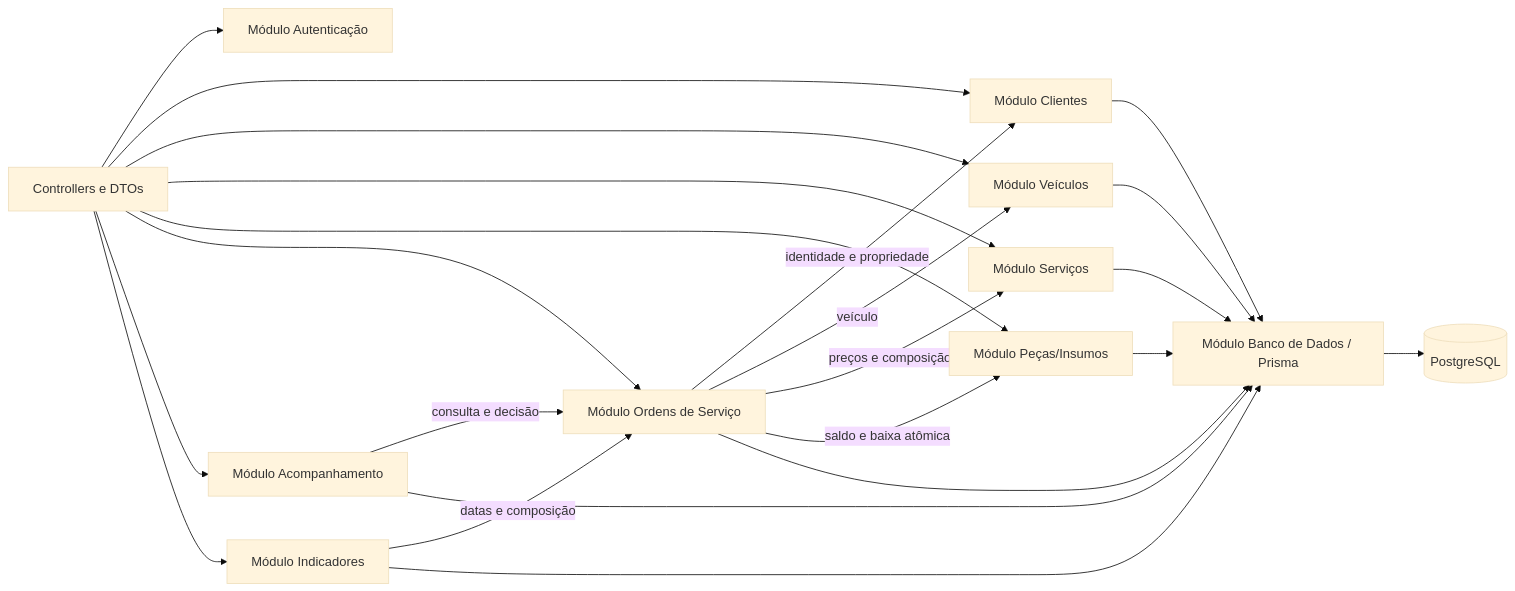
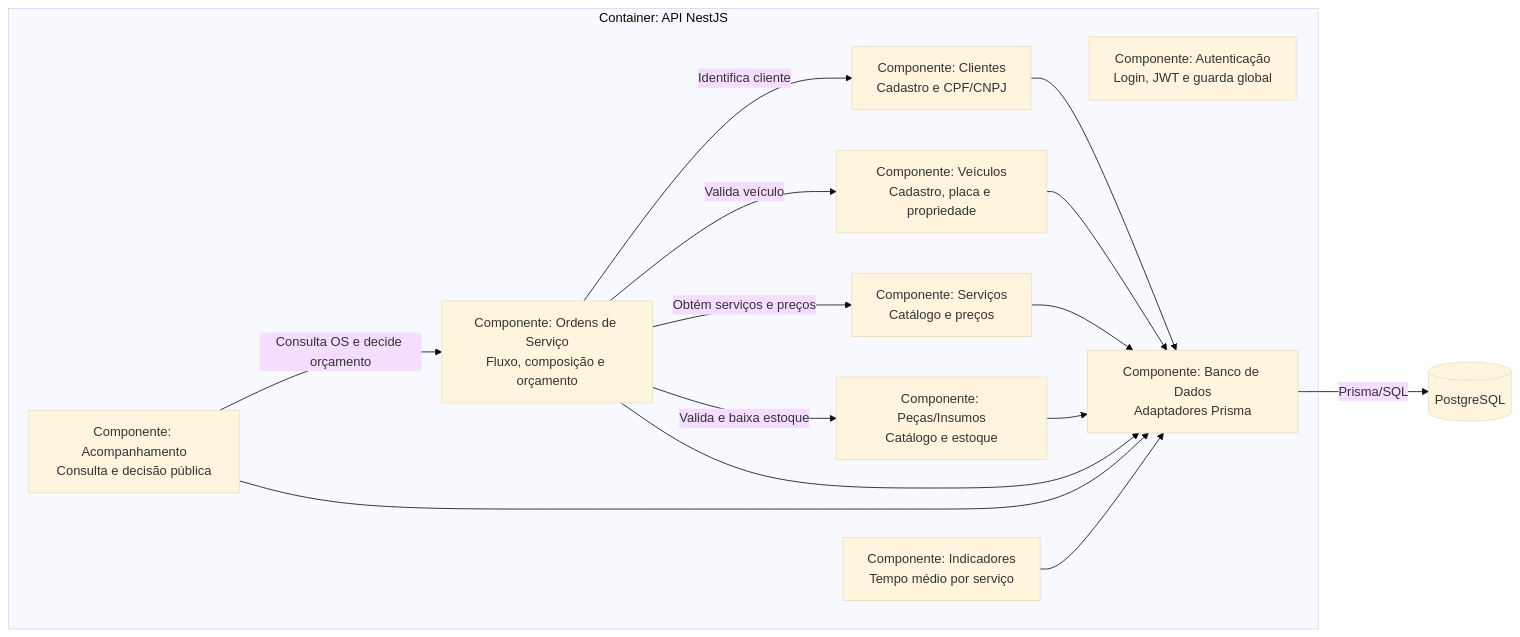
The third of 5 diagrams in docs/arquitetura/c4.md (RafaCarvalh0/Tech-Challenge), drawn with Mermaid (base theme) before and after one commit. The commit also changed other lines of this file and 5 other files, not shown here.

````diff
--- a/docs/arquitetura/c4.md
+++ b/docs/arquitetura/c4.md
@@ -33,39 +58,30 @@
 ```mermaid
 flowchart LR
-    http[Controllers e DTOs]
-    auth[Módulo Autenticação]
-    clientes[Módulo Clientes]
-    veiculos[Módulo Veículos]
-    servicos[Módulo Serviços]
-    pecas[Módulo Peças/Insumos]
-    os[Módulo Ordens de Serviço]
-    acomp[Módulo Acompanhamento]
-    indicadores[Módulo Indicadores]
-    prisma[Módulo Banco de Dados / Prisma]
+    subgraph api[Container: API NestJS]
+        auth[Componente: Autenticação<br/>Login, JWT e guarda global]
+        clientes[Componente: Clientes<br/>Cadastro e CPF/CNPJ]
+        veiculos[Componente: Veículos<br/>Cadastro, placa e propriedade]
+        servicos[Componente: Serviços<br/>Catálogo e preços]
+        pecas[Componente: Peças/Insumos<br/>Catálogo e estoque]
+        os[Componente: Ordens de Serviço<br/>Fluxo, composição e orçamento]
+        acomp[Componente: Acompanhamento<br/>Consulta e decisão pública]
+        indicadores[Componente: Indicadores<br/>Tempo médio por serviço]
+        persistencia[Componente: Banco de Dados<br/>Adaptadores Prisma]
+    end
+
     banco[(PostgreSQL)]
 
-    http --> auth
-    http --> clientes
-    http --> veiculos
-    http --> servicos
-    http --> pecas
-    http --> os
-    http --> acomp
-    http --> indicadores
-
-    os -->|identidade e propriedade| clientes
-    os -->|veículo| veiculos
-    os -->|preços e composição| servicos
-    os -->|saldo e baixa atômica| pecas
-    acomp -->|consulta e decisão| os
-    indicadores -->|datas e composição| os
-
-    clientes --> prisma
-    veiculos --> prisma
-    servicos --> prisma
-    pecas --> prisma
-    os --> prisma
-    acomp --> prisma
-    indicadores --> prisma
-    prisma --> banco
+    os -->|Identifica cliente| clientes
+    os -->|Valida veículo| veiculos
+    os -->|Obtém serviços e preços| servicos
+    os -->|Valida e baixa estoque| pecas
+    acomp -->|Consulta OS e decide orçamento| os
+    clientes --> persistencia
+    veiculos --> persistencia
+    servicos --> persistencia
+    pecas --> persistencia
+    os --> persistencia
+    acomp --> persistencia
+    indicadores --> persistencia
+    persistencia -->|Prisma/SQL| banco
 ```
````
